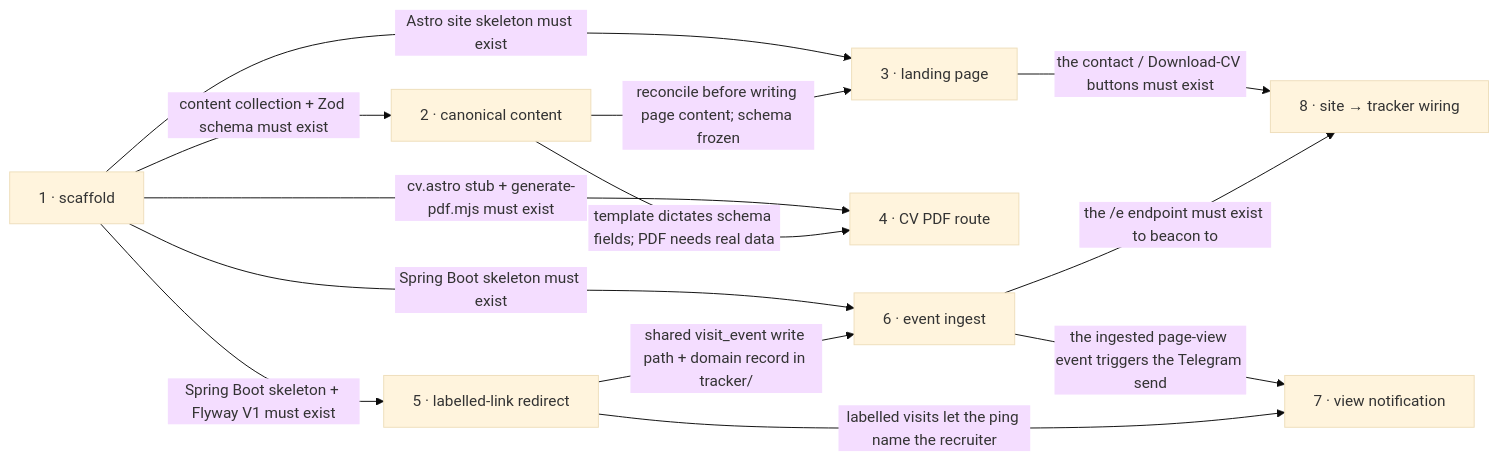
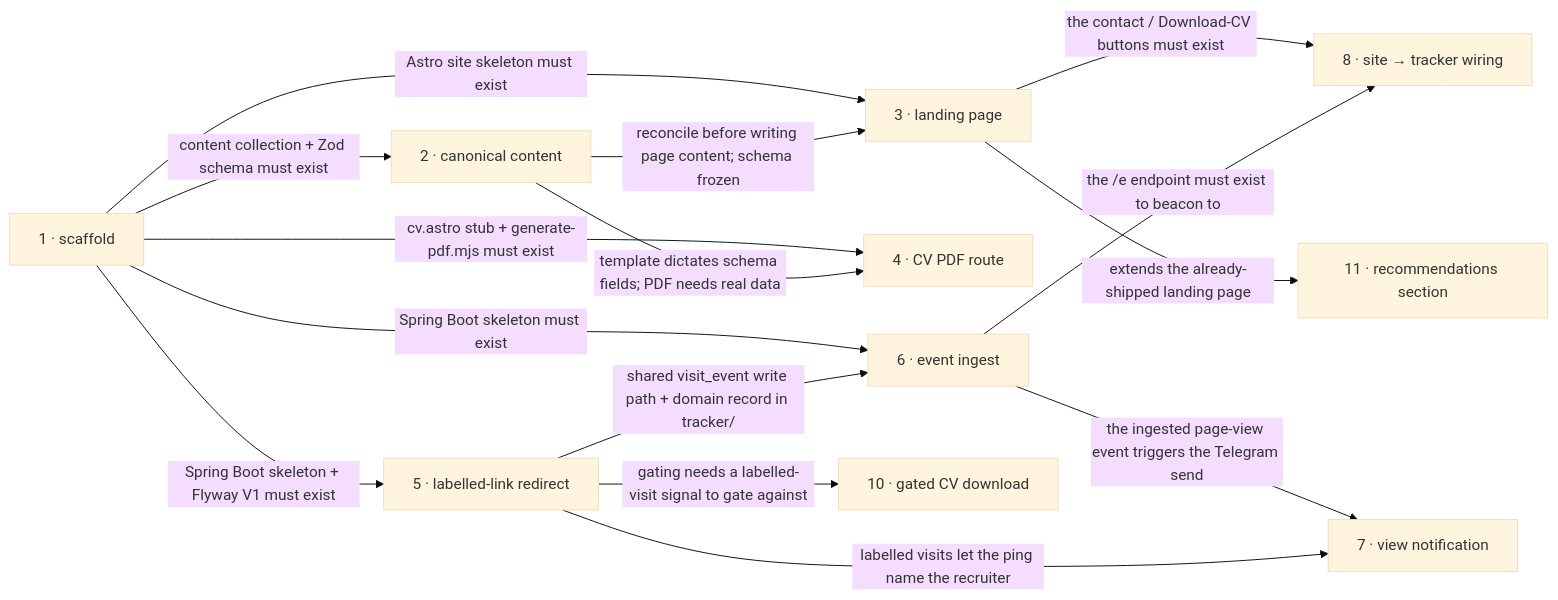
The diagram in docs/roadmap.md (financeasist/personal-page), drawn with Mermaid (base theme) before and after one commit. The commit also changed other lines of this file, not shown here.

First line of the commit message:
roadmap: add steps 10 (recruiter-gated CV download, fog) and 11 (recommendations section, S)

````diff
--- a/docs/roadmap.md
+++ b/docs/roadmap.md
@@ -82,24 +86,28 @@
 ```mermaid
 flowchart LR
   s1["1 · scaffold"]
   s2["2 · canonical content"]
   s3["3 · landing page"]
   s4["4 · CV PDF route"]
   s5["5 · labelled-link redirect"]
   s6["6 · event ingest"]
   s7["7 · view notification"]
   s8["8 · site → tracker wiring"]
+  s10["10 · gated CV download"]
+  s11["11 · recommendations section"]
 
   s1 -->|"content collection + Zod schema must exist"| s2
   s1 -->|"Astro site skeleton must exist"| s3
   s1 -->|"cv.astro stub + generate-pdf.mjs must exist"| s4
   s1 -->|"Spring Boot skeleton + Flyway V1 must exist"| s5
   s1 -->|"Spring Boot skeleton must exist"| s6
   s2 -->|"reconcile before writing page content; schema frozen"| s3
   s2 -->|"template dictates schema fields; PDF needs real data"| s4
   s5 -->|"shared visit_event write path + domain record in tracker/"| s6
   s6 -->|"the ingested page-view event triggers the Telegram send"| s7
   s5 -->|"labelled visits let the ping name the recruiter"| s7
   s3 -->|"the contact / Download-CV buttons must exist"| s8
   s6 -->|"the /e endpoint must exist to beacon to"| s8
+  s5 -->|"gating needs a labelled-visit signal to gate against"| s10
+  s3 -->|"extends the already-shipped landing page"| s11
 ```
````
